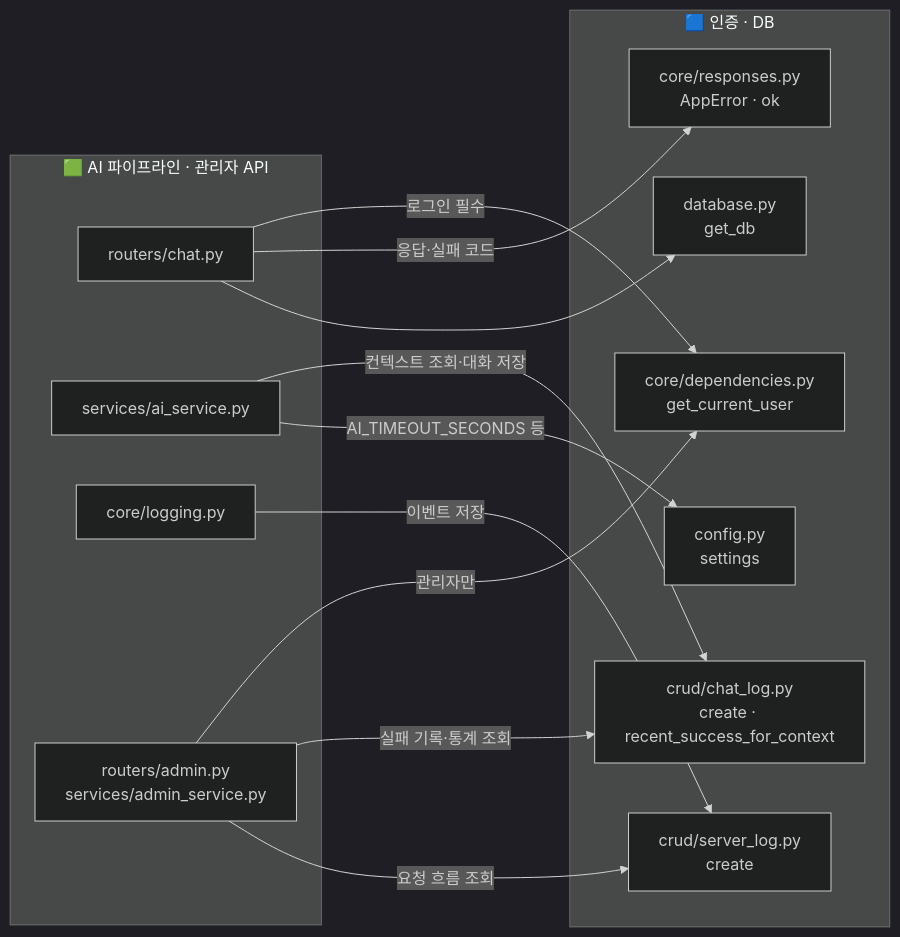
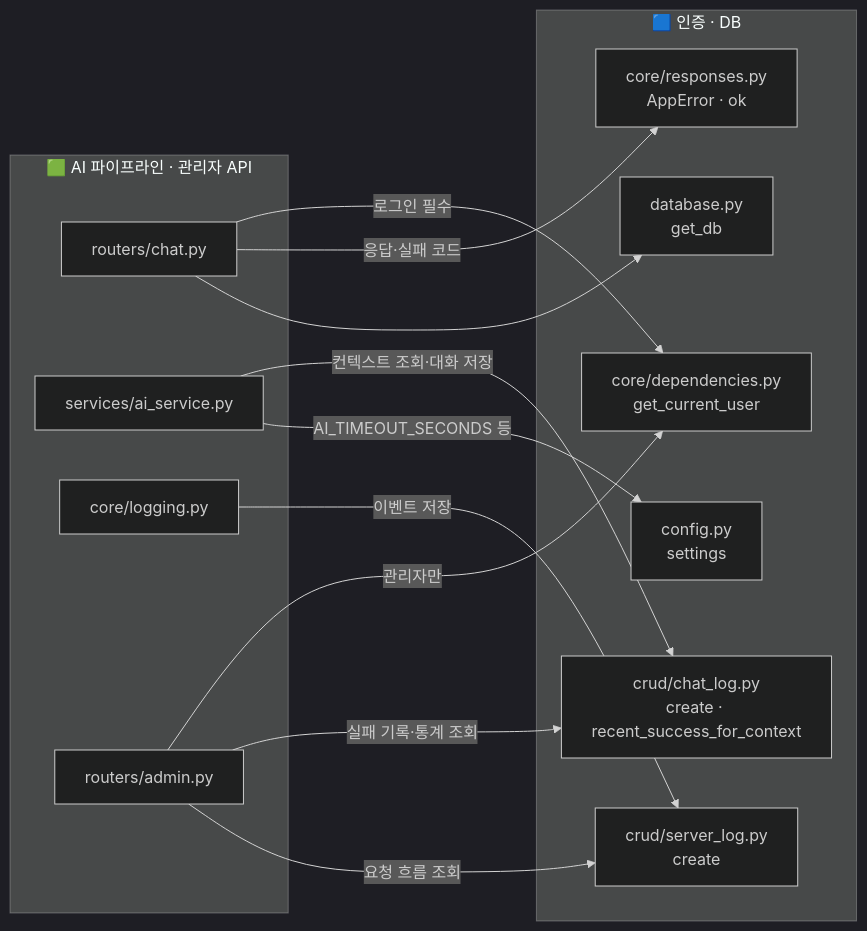
One commit to b7-1-chatbot-team/B7-1-chatbot changed the diagram in backend/README.md. Above: the diagram before and after it, drawn with Mermaid (dark theme). The commit also changed other lines of this file, not shown here.

````diff
--- a/backend/README.md
+++ b/backend/README.md
@@ -122,26 +122,26 @@
 ```mermaid
 flowchart LR
     subgraph AITRACK["🟩 AI 파이프라인 · 관리자 API"]
         CH[routers/chat.py]
         AI[services/ai_service.py]
         LG[core/logging.py]
-        AD[routers/admin.py<br/>services/admin_service.py]
+        AD[routers/admin.py]
     end
     subgraph AUTHTRACK["🟦 인증 · DB"]
         DEP[core/dependencies.py<br/>get_current_user]
         RESP[core/responses.py<br/>AppError · ok]
         CR[crud/chat_log.py<br/>create · recent_success_for_context]
         SL[crud/server_log.py<br/>create]
         CFG[config.py<br/>settings]
         DB[database.py<br/>get_db]
     end
     CH -->|로그인 필수| DEP
     CH -->|응답·실패 코드| RESP
     CH --> DB
     AI -->|컨텍스트 조회·대화 저장| CR
     AI -->|AI_TIMEOUT_SECONDS 등| CFG
     LG -->|이벤트 저장| SL
     AD -->|관리자만| DEP
     AD -->|실패 기록·통계 조회| CR
     AD -->|요청 흐름 조회| SL
 ```
````
